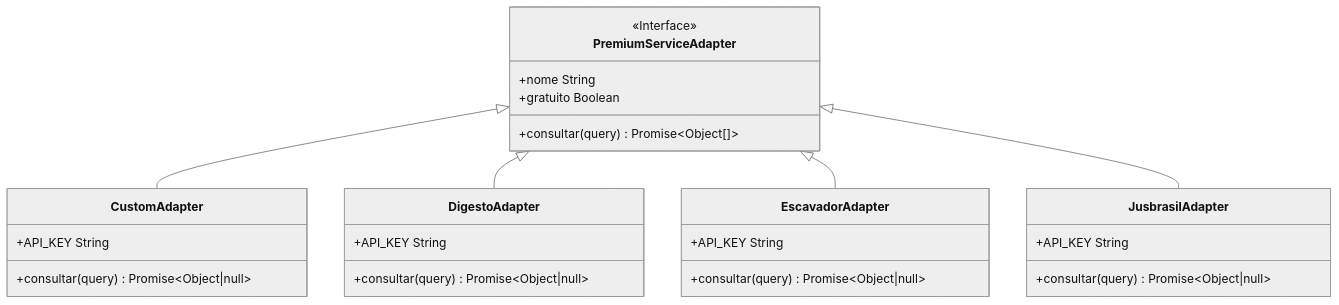
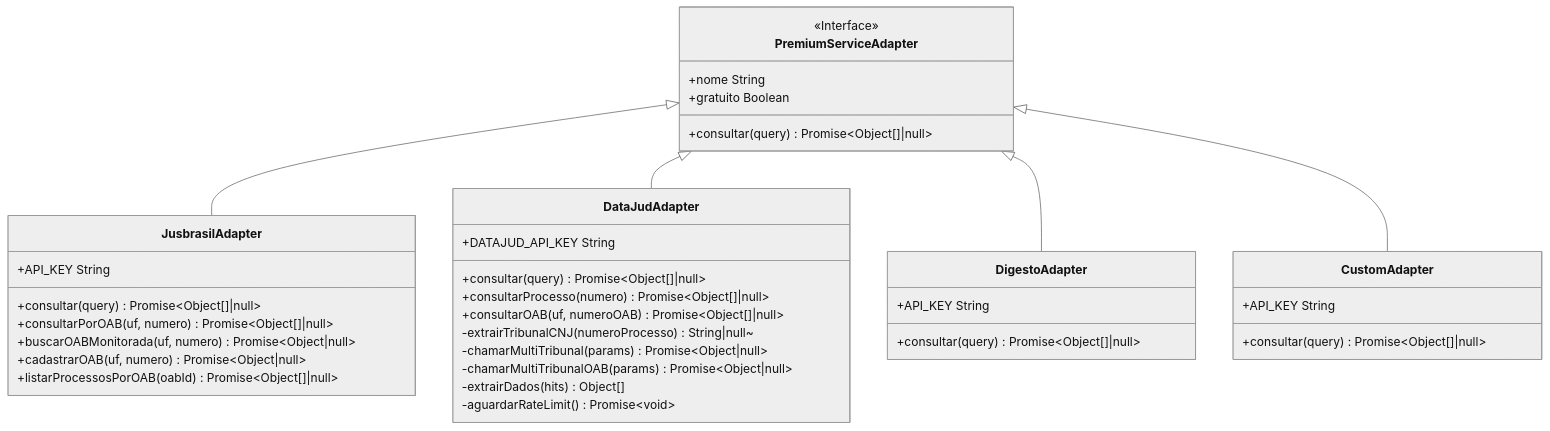
The fifth of 16 diagrams in .qoder/repowiki/en/content/API Integration Layer/API Integration Layer.md (Alexandrexicara/bot-processos), drawn with Mermaid (neutral theme) before and after one commit. The commit also changed other lines of this file and 10 other files, not shown here.

````diff
--- a/.qoder/repowiki/en/content/API Integration Layer/API Integration Layer.md
+++ b/.qoder/repowiki/en/content/API Integration Layer/API Integration Layer.md
@@ -332,29 +304,40 @@
 ```mermaid
 classDiagram
 class PremiumServiceAdapter {
 <<Interface>>
 +nome String
 +gratuito Boolean
-+consultar(query) Promise~Object[]~
++consultar(query) Promise~Object[]|null~
+}
+class JusbrasilAdapter {
++API_KEY String
++consultar(query) Promise~Object[]|null~
++consultarPorOAB(uf, numero) Promise~Object[]|null~
++buscarOABMonitorada(uf, numero) Promise~Object|null~
++cadastrarOAB(uf, numero) Promise~Object|null~
++listarProcessosPorOAB(oabId) Promise~Object[]|null~
+}
+class DataJudAdapter {
++DATAJUD_API_KEY String
++consultar(query) Promise~Object[]|null~
++consultarProcesso(numero) Promise~Object[]|null~
++consultarOAB(uf, numeroOAB) Promise~Object[]|null~
+-extrairTribunalCNJ(numeroProcesso) String|null~
+-chamarMultiTribunal(params) Promise~Object|null~
+-chamarMultiTribunalOAB(params) Promise~Object|null~
+-extrairDados(hits) Object[]
+-aguardarRateLimit() Promise~void~
+}
+class DigestoAdapter {
++API_KEY String
++consultar(query) Promise~Object[]|null~
 }
 class CustomAdapter {
 +API_KEY String
-+consultar(query) Promise~Object|null~
++consultar(query) Promise~Object[]|null~
 }
-class DigestoAdapter {
-+API_KEY String
-+consultar(query) Promise~Object|null~
-}
-class EscavadorAdapter {
-+API_KEY String
-+consultar(query) Promise~Object|null~
-}
-class JusbrasilAdapter {
-+API_KEY String
-+consultar(query) Promise~Object|null~
-}
+PremiumServiceAdapter <|-- JusbrasilAdapter
+PremiumServiceAdapter <|-- DataJudAdapter
+PremiumServiceAdapter <|-- DigestoAdapter
 PremiumServiceAdapter <|-- CustomAdapter
-PremiumServiceAdapter <|-- DigestoAdapter
-PremiumServiceAdapter <|-- EscavadorAdapter
-PremiumServiceAdapter <|-- JusbrasilAdapter
 ```
````
